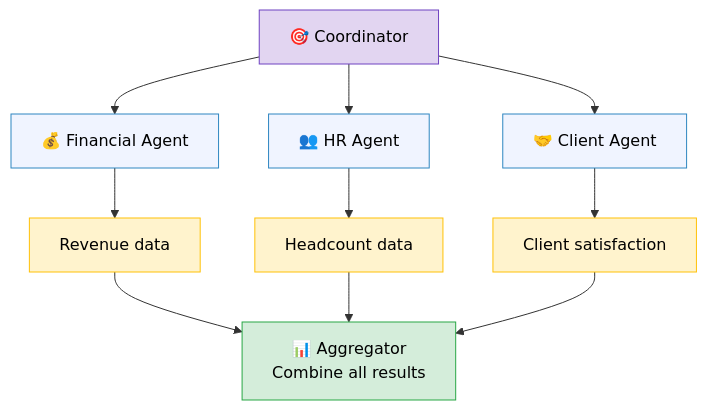
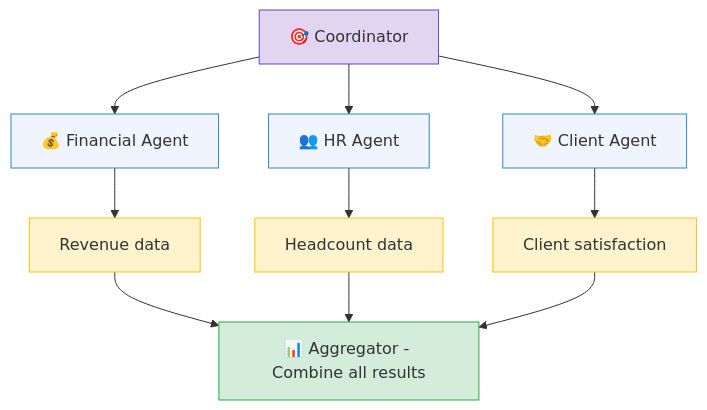
Before and after one commit to ithinktavo/GenAI-Engineering-Handbook: the third of 7 diagrams in docs/07-agentic-ai.md, drawn with Mermaid. The commit also changed other lines of this file and 9 other files, not shown here.

First line of the commit message:
Fix Mermaid rendering: remove emoji from subgraph titles and unsupported syntax

````diff
--- a/docs/07-agentic-ai.md
+++ b/docs/07-agentic-ai.md
@@ -135,25 +135,25 @@
 ```mermaid
 graph TD
     Coord["🎯 Coordinator"]
     Fin["💰 Financial Agent"]
     HR["👥 HR Agent"]
     Client["🤝 Client Agent"]
     FinData["Revenue data"]
     HRData["Headcount data"]
     ClientData["Client satisfaction"]
-    Agg["📊 Aggregator\nCombine all results"]
+    Agg["📊 Aggregator - Combine all results"]
 
     Coord --> Fin & HR & Client
     Fin --> FinData --> Agg
     HR --> HRData --> Agg
     Client --> ClientData --> Agg
 
-    style Coord fill:#e2d5f1,stroke:#6f42c1,color:#000
-    style Fin fill:#f0f4ff,stroke:#2E86C1,color:#000
-    style HR fill:#f0f4ff,stroke:#2E86C1,color:#000
-    style Client fill:#f0f4ff,stroke:#2E86C1,color:#000
-    style FinData fill:#fff3cd,stroke:#ffc107,color:#000
-    style HRData fill:#fff3cd,stroke:#ffc107,color:#000
-    style ClientData fill:#fff3cd,stroke:#ffc107,color:#000
-    style Agg fill:#d4edda,stroke:#28a745,color:#000
+    style Coord fill:#e2d5f1,stroke:#6f42c1
+    style Fin fill:#f0f4ff,stroke:#2E86C1
+    style HR fill:#f0f4ff,stroke:#2E86C1
+    style Client fill:#f0f4ff,stroke:#2E86C1
+    style FinData fill:#fff3cd,stroke:#ffc107
+    style HRData fill:#fff3cd,stroke:#ffc107
+    style ClientData fill:#fff3cd,stroke:#ffc107
+    style Agg fill:#d4edda,stroke:#28a745
 ```
````
